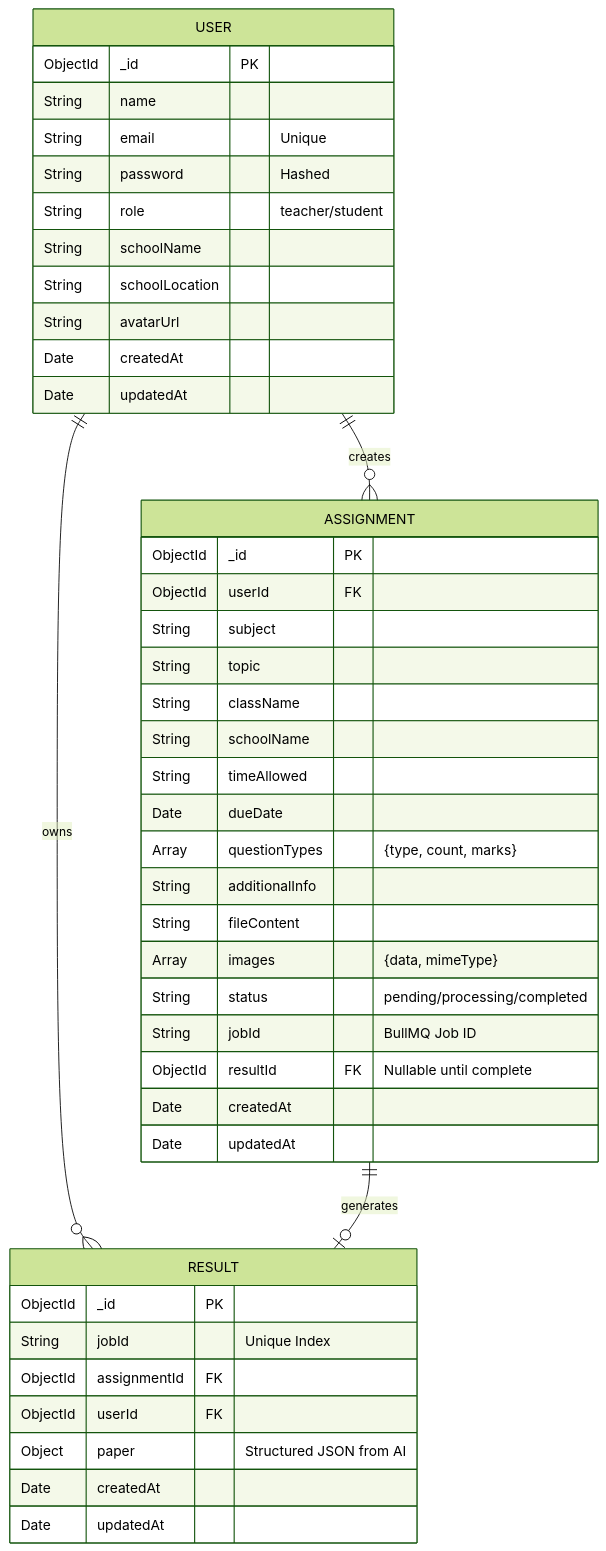
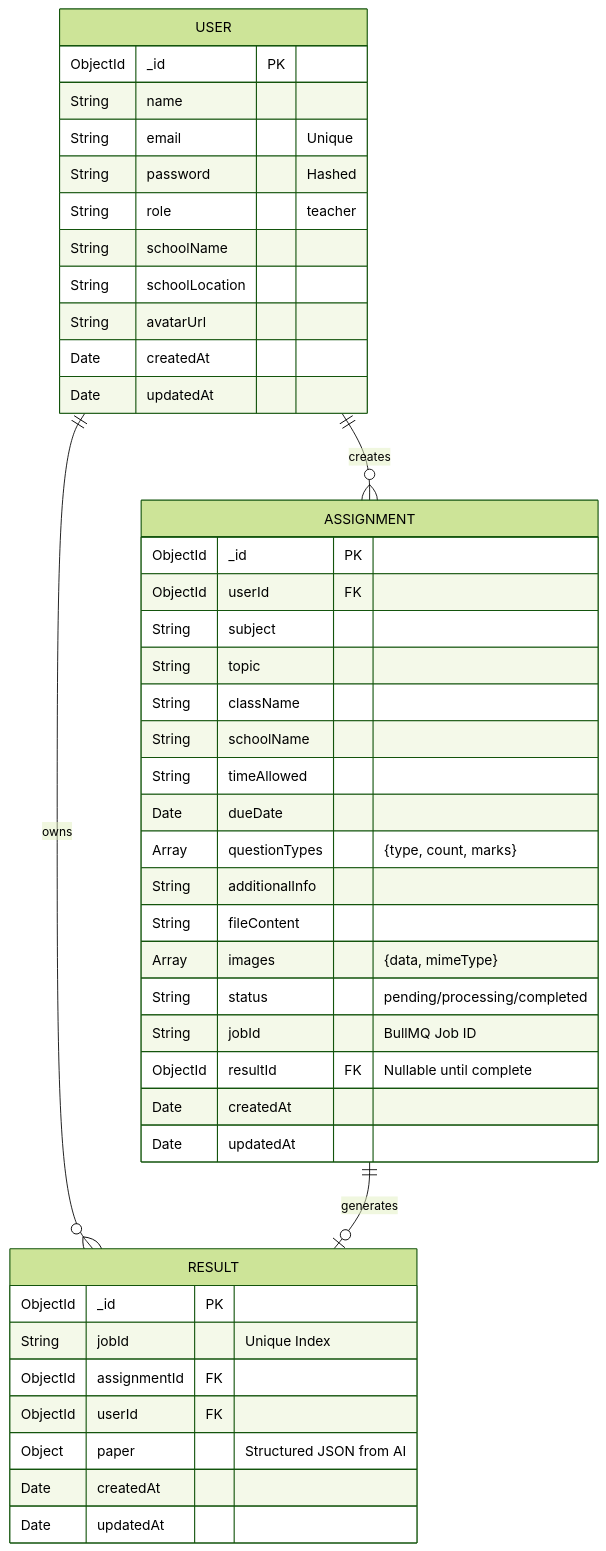
Before and after one commit to makeprodigy/assignment_veda: the third of 4 diagrams in README.md, drawn with Mermaid (forest theme).

````diff
--- a/README.md
+++ b/README.md
@@ -173,49 +173,49 @@
 ```mermaid
 erDiagram
     USER {
         ObjectId _id PK
         String name
         String email "Unique"
         String password "Hashed"
-        String role "teacher/student"
+        String role "teacher"
         String schoolName
         String schoolLocation
         String avatarUrl
         Date createdAt
         Date updatedAt
     }
 
     ASSIGNMENT {
         ObjectId _id PK
         ObjectId userId FK
         String subject
         String topic
         String className
         String schoolName
         String timeAllowed
         Date dueDate
         Array questionTypes "{type, count, marks}"
         String additionalInfo
         String fileContent
         Array images "{data, mimeType}"
         String status "pending/processing/completed"
         String jobId "BullMQ Job ID"
         ObjectId resultId FK "Nullable until complete"
         Date createdAt
         Date updatedAt
     }
 
     RESULT {
         ObjectId _id PK
         String jobId "Unique Index"
         ObjectId assignmentId FK
         ObjectId userId FK
         Object paper "Structured JSON from AI"
         Date createdAt
         Date updatedAt
     }
 
     USER ||--o{ ASSIGNMENT : "creates"
     USER ||--o{ RESULT : "owns"
     ASSIGNMENT ||--o| RESULT : "generates"
 ```
````
